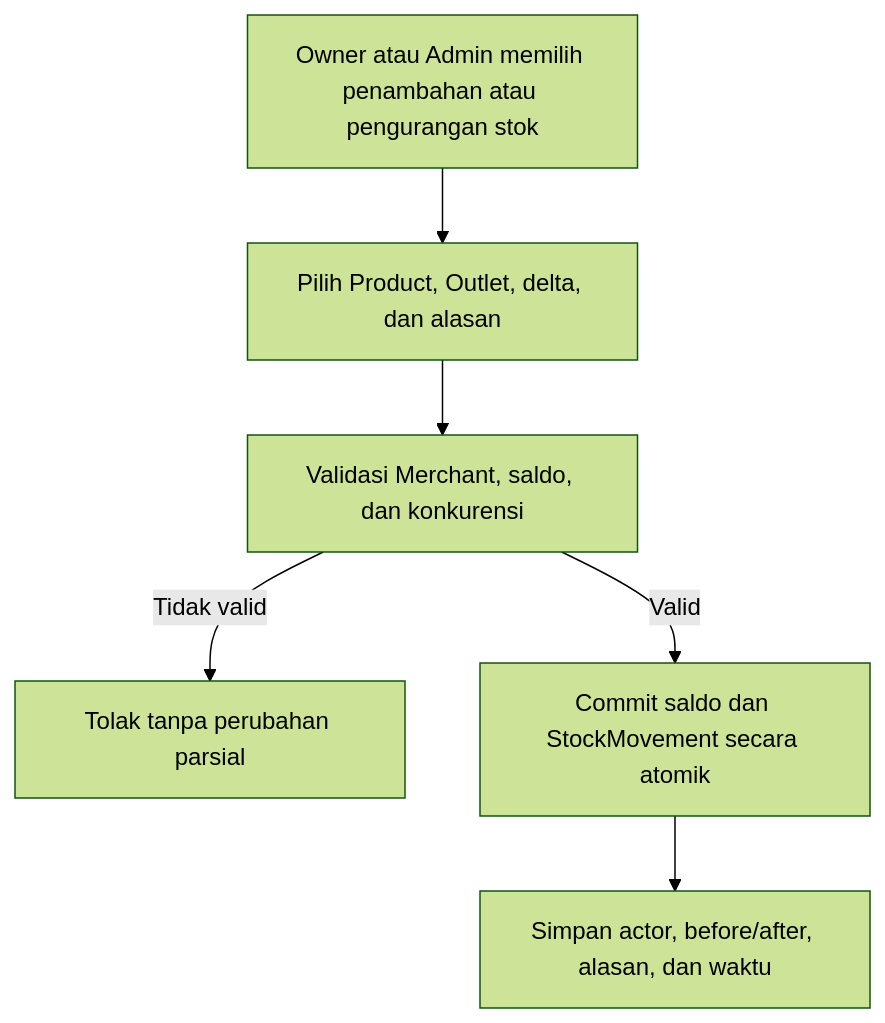
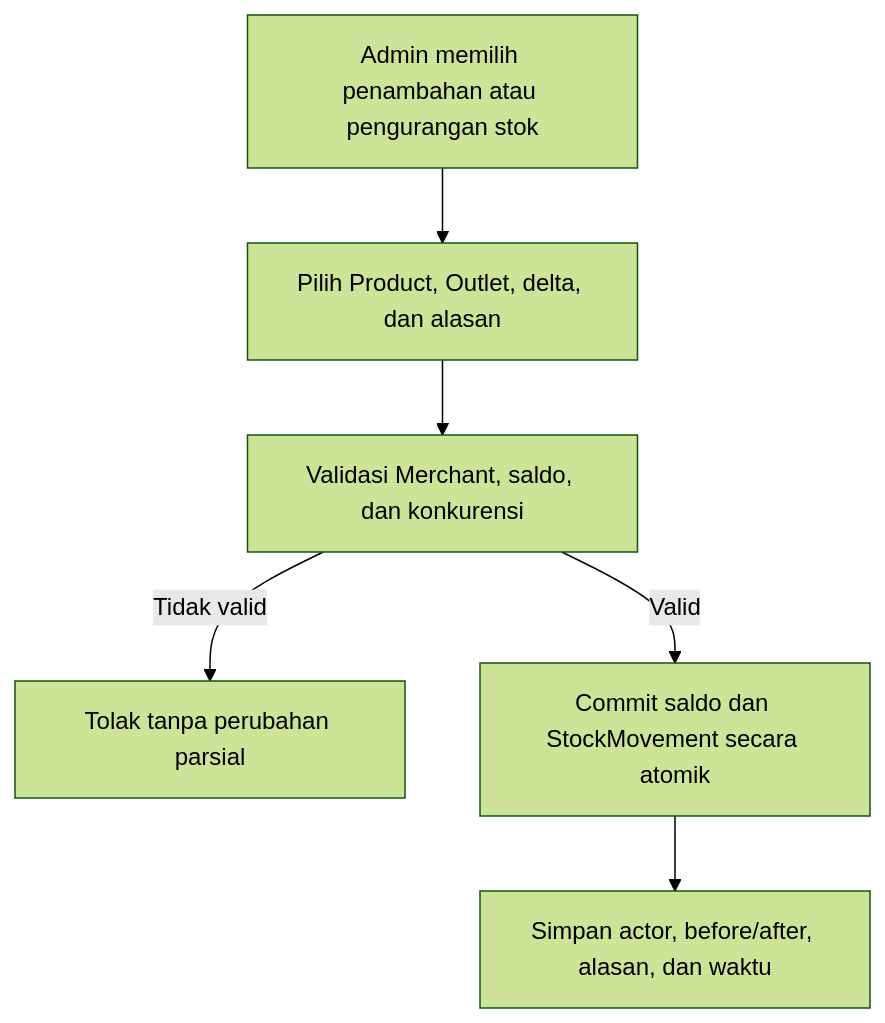
Before and after one commit to TeamOneee/pos-project-be: the third of 4 diagrams in docs/deliverables/04-iterasi-1-proposed-frd.md, drawn with Mermaid (forest theme). The commit also changed other lines of this file and 10 other files, not shown here.

````diff
--- a/docs/deliverables/04-iterasi-1-proposed-frd.md
+++ b/docs/deliverables/04-iterasi-1-proposed-frd.md
@@ -444,8 +449,8 @@
 ```mermaid
 flowchart TD
-    A["Owner atau Admin memilih penambahan atau pengurangan stok"] --> B["Pilih Product, Outlet, delta, dan alasan"]
+    A["Admin memilih penambahan atau pengurangan stok"] --> B["Pilih Product, Outlet, delta, dan alasan"]
     B --> C["Validasi Merchant, saldo, dan konkurensi"]
     C -->|Tidak valid| D["Tolak tanpa perubahan parsial"]
     C -->|Valid| E["Commit saldo dan StockMovement secara atomik"]
     E --> F["Simpan actor, before/after, alasan, dan waktu"]
 ```
````
